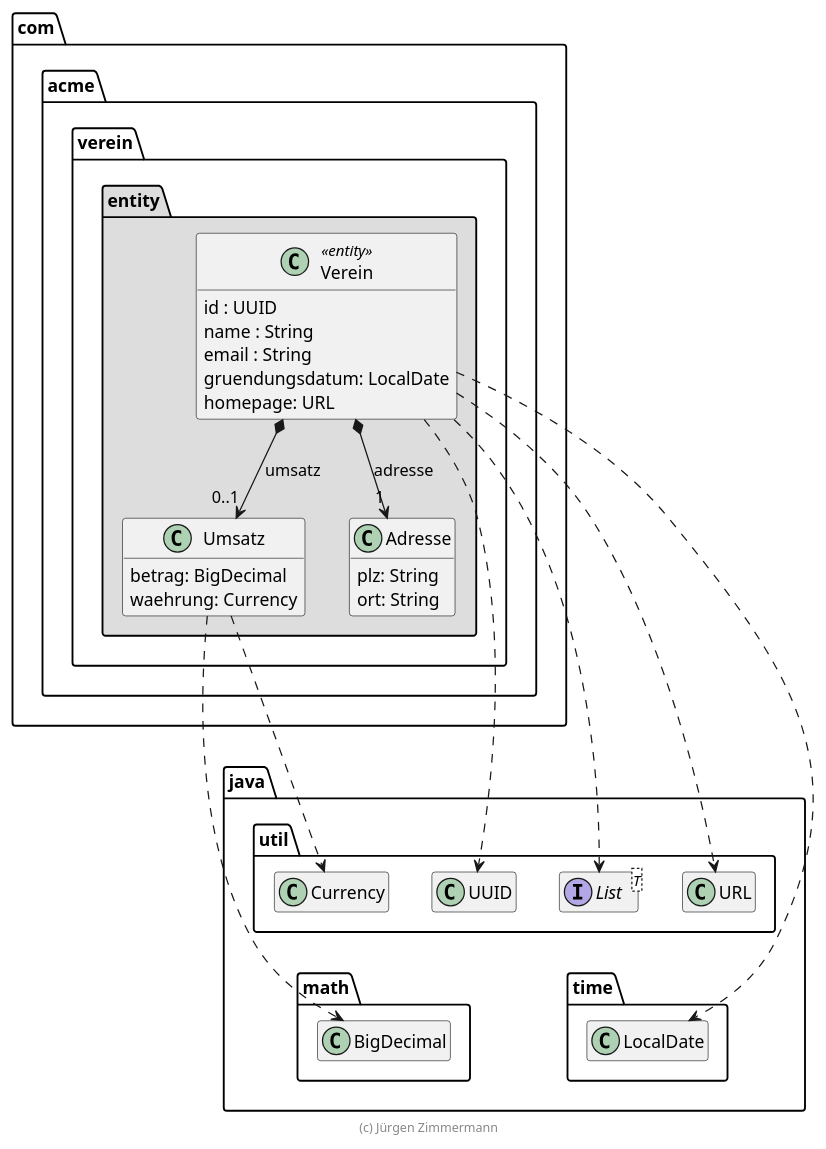
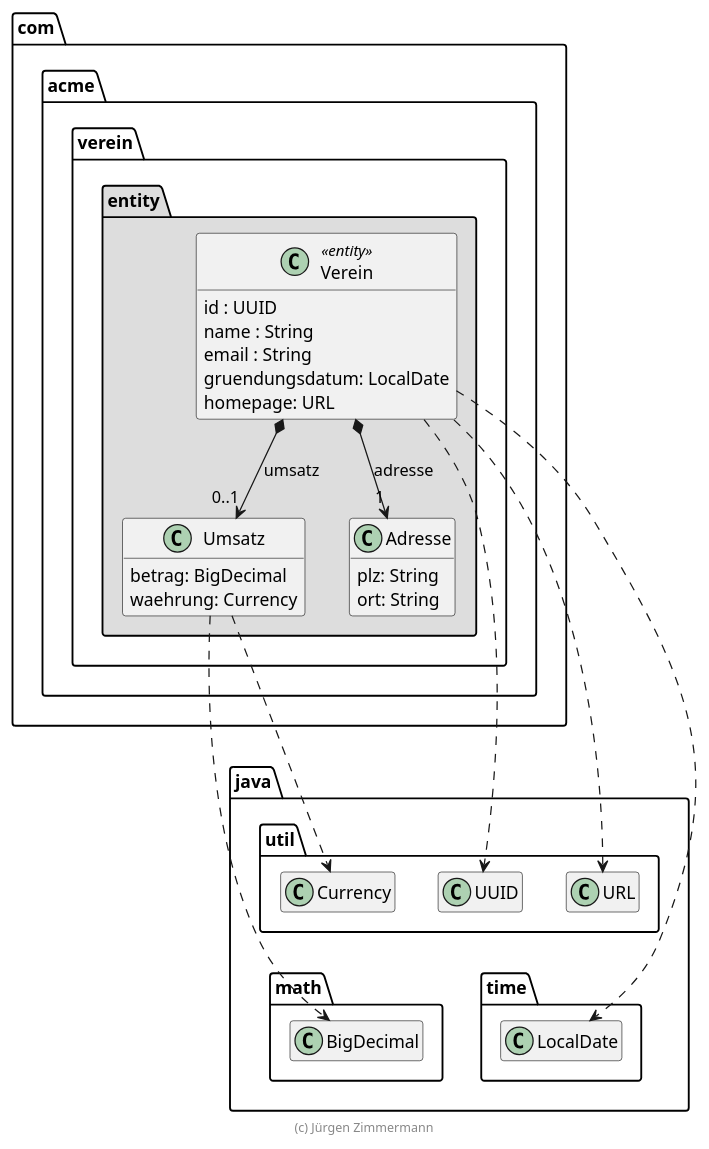
Before and after one commit to vinpuch/verein-v2: the diagram in extras/doc/Verein.plantuml, drawn with PlantUML. The commit also changed 12 other files, not shown here.

```diff
--- a/extras/doc/Verein.plantuml
+++ b/extras/doc/Verein.plantuml
@@ -15,62 +15,60 @@
 @startuml Verein
 
 skinparam classAttributeIconSize 0
 ' skinparam monochrome true
 
 package java {
     package util {
         class UUID
-        interface List<T>
         class URL
         class Currency
     }
 
     package math {
         class BigDecimal
     }
 
     package time {
         class LocalDate
     }
 
     BigDecimal .up[hidden].> UUID
     UUID .[hidden].> LocalDate
 }
 
 package com.acme.verein.entity #DDDDDD {
     class Umsatz {
         betrag: BigDecimal
         waehrung: Currency
     }
 
     class Adresse {
         plz: String
         ort: String
     }
 
 
     class Verein << entity >> {
         id : UUID
         name : String
         email : String
         gruendungsdatum: LocalDate
         homepage: URL
     }
 
     Verein *--> "0..1" Umsatz : umsatz
     Verein *--> "1" Adresse : adresse
 
     Verein ..> UUID
     Verein ..> LocalDate
-    Verein ..> List
     Verein ..> URL
 
     Umsatz ..> Currency
     Umsatz ..> BigDecimal
 }
 
 hide empty members
 
 footer (c) Jürgen Zimmermann
 
 @enduml
```
